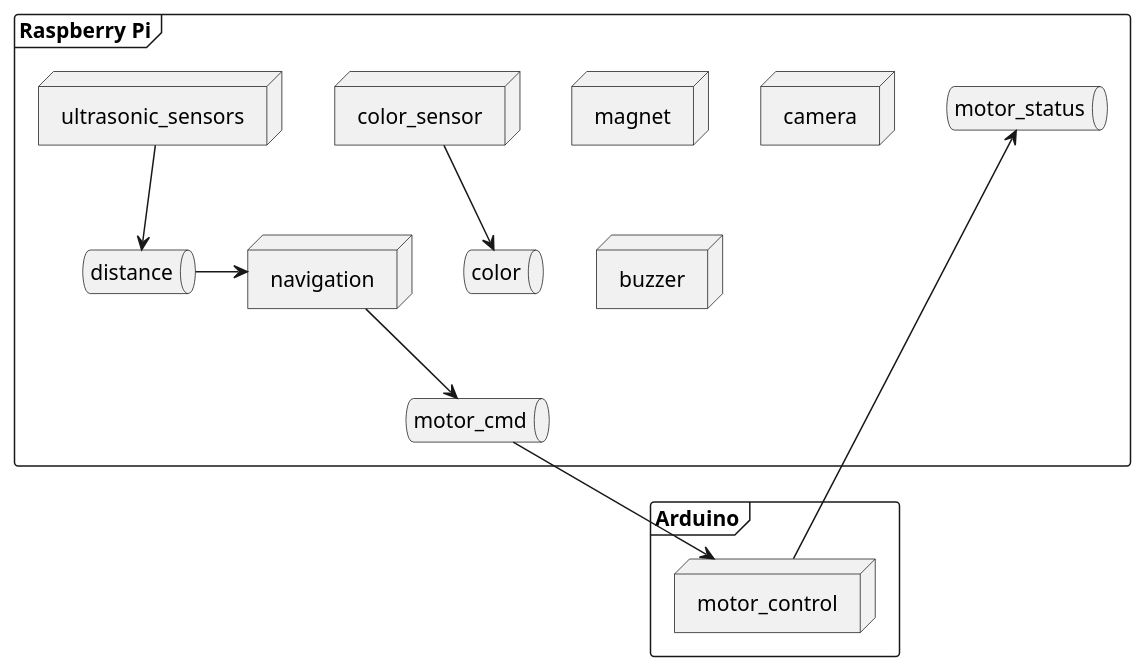
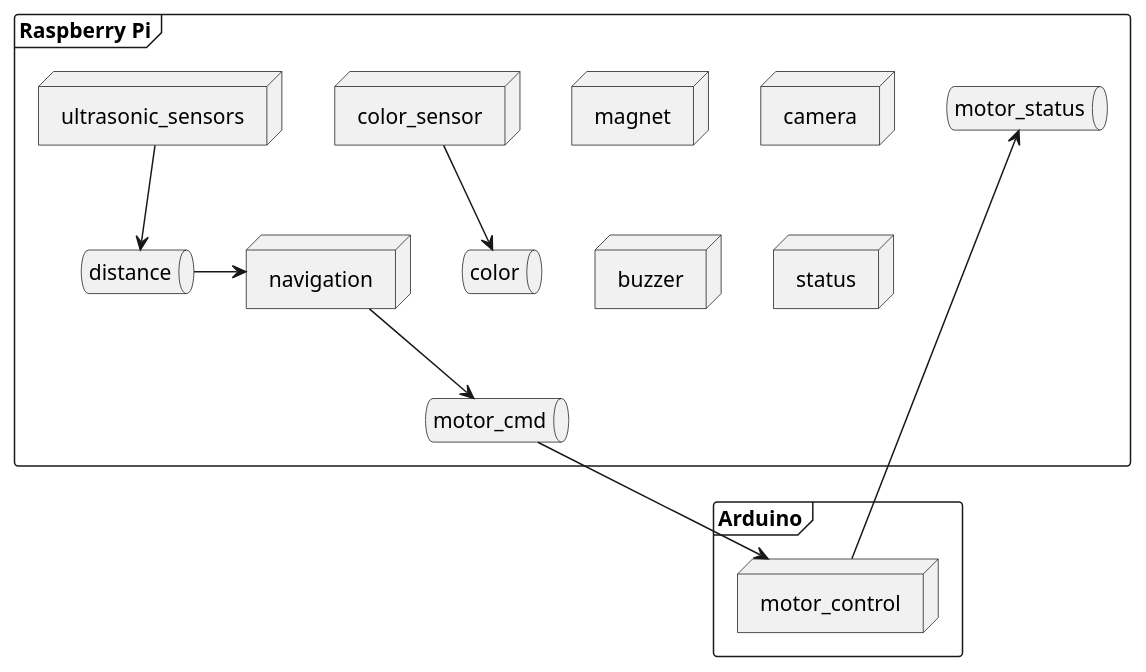
The diagram in doc/arch/nodes.puml (francWhite/raros), drawn with PlantUML before and after one commit. The commit also changed 4 other files, not shown here.

```diff
--- a/doc/arch/nodes.puml
+++ b/doc/arch/nodes.puml
@@ -1,30 +1,31 @@
 @startuml nodes
 
 frame "Raspberry Pi" as pi{
     node navigation
     node magnet
     node camera
     node color_sensor
     node ultrasonic_sensors
     node buzzer
+    node status
 
     queue "motor_cmd"
     queue "motor_status"
     queue "color"
     queue "distance"
 }
 
 frame "Arduino" as arduino{
     node motor_control
 }
 
 
 color_sensor -down-> color
 ultrasonic_sensors --> distance
 distance -right-> navigation
 navigation --> motor_cmd
 motor_cmd -down-> motor_control
 motor_control -> motor_status
 
 
 @enduml
```
